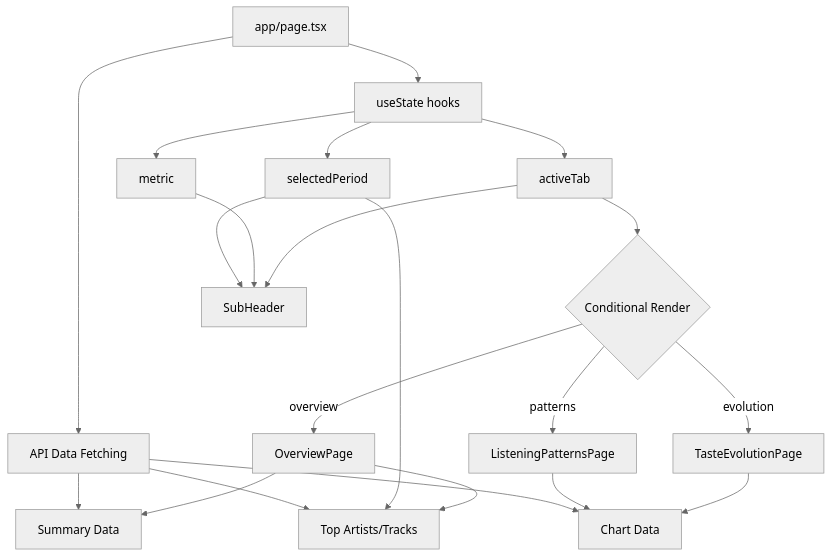
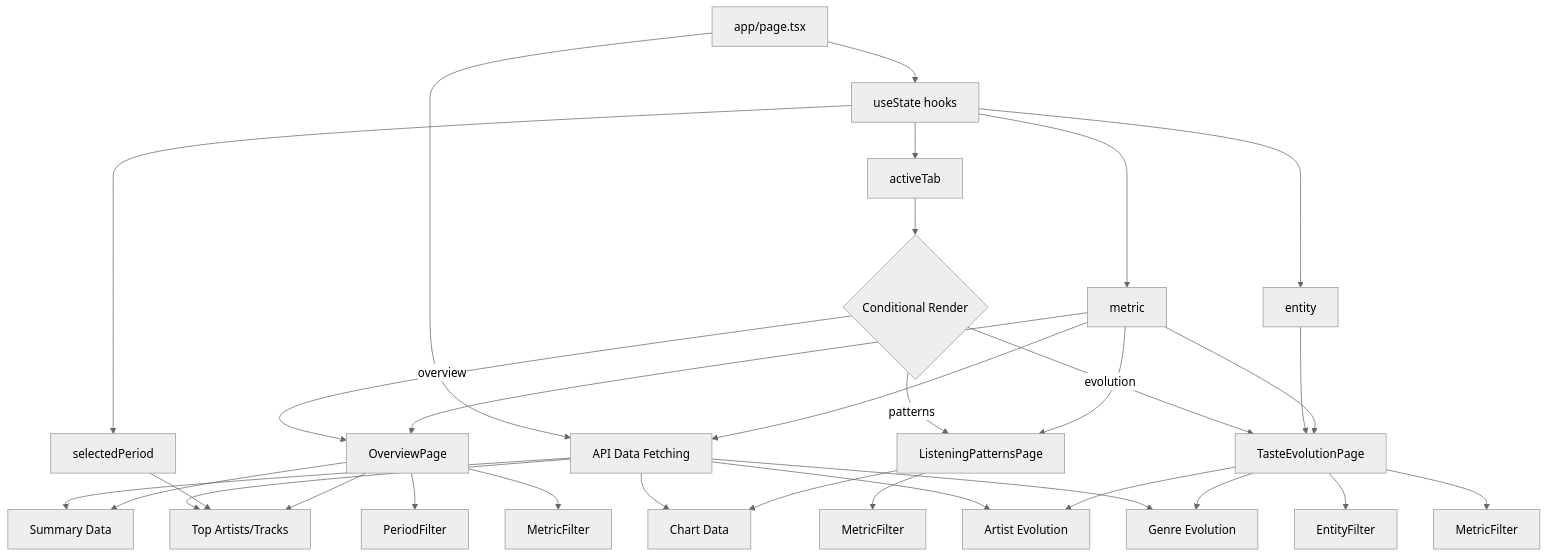
One commit to JacobBeallor/spotify-wrapped-revisited changed the diagram in docs/architecture/navigation.md. Above: the diagram before and after it, drawn with Mermaid (neutral theme). The commit also changed other lines of this file and 24 other files, not shown here.

First line of the commit message:
🎵 Add Genre Evolution Feature to Taste Evolution Tab (#11)

````diff
--- a/docs/architecture/navigation.md
+++ b/docs/architecture/navigation.md
@@ -188,28 +192,41 @@
 ```mermaid
 flowchart TD
     Page[app/page.tsx] --> State[useState hooks]
     State --> Tab[activeTab]
     State --> Period[selectedPeriod]
     State --> Metric[metric]
+    State --> Entity[entity]
     
     Page --> API[API Data Fetching]
     API --> Summary[Summary Data]
     API --> Charts[Chart Data]
     API --> TopLists[Top Artists/Tracks]
+    API --> ArtistEvol[Artist Evolution]
+    API --> GenreEvol[Genre Evolution]
     
     Period --> TopLists
+    Metric --> API
     
     Tab --> Render{Conditional Render}
     Render -->|overview| Over[OverviewPage]
     Render -->|patterns| Patt[ListeningPatternsPage]
     Render -->|evolution| Evol[TasteEvolutionPage]
     
     Over --> Summary
     Over --> TopLists
+    Over --> PeriodFilter[PeriodFilter]
+    Over --> MetricFilter1[MetricFilter]
+    
     Patt --> Charts
-    Evol --> Charts
+    Patt --> MetricFilter2[MetricFilter]
     
-    Period --> SubHdr[SubHeader]
-    Metric --> SubHdr
-    Tab --> SubHdr
+    Evol --> ArtistEvol
+    Evol --> GenreEvol
+    Evol --> EntityFilter[EntityFilter]
+    Evol --> MetricFilter3[MetricFilter]
+    
+    Entity --> Evol
+    Metric --> Over
+    Metric --> Patt
+    Metric --> Evol
 ```
````
